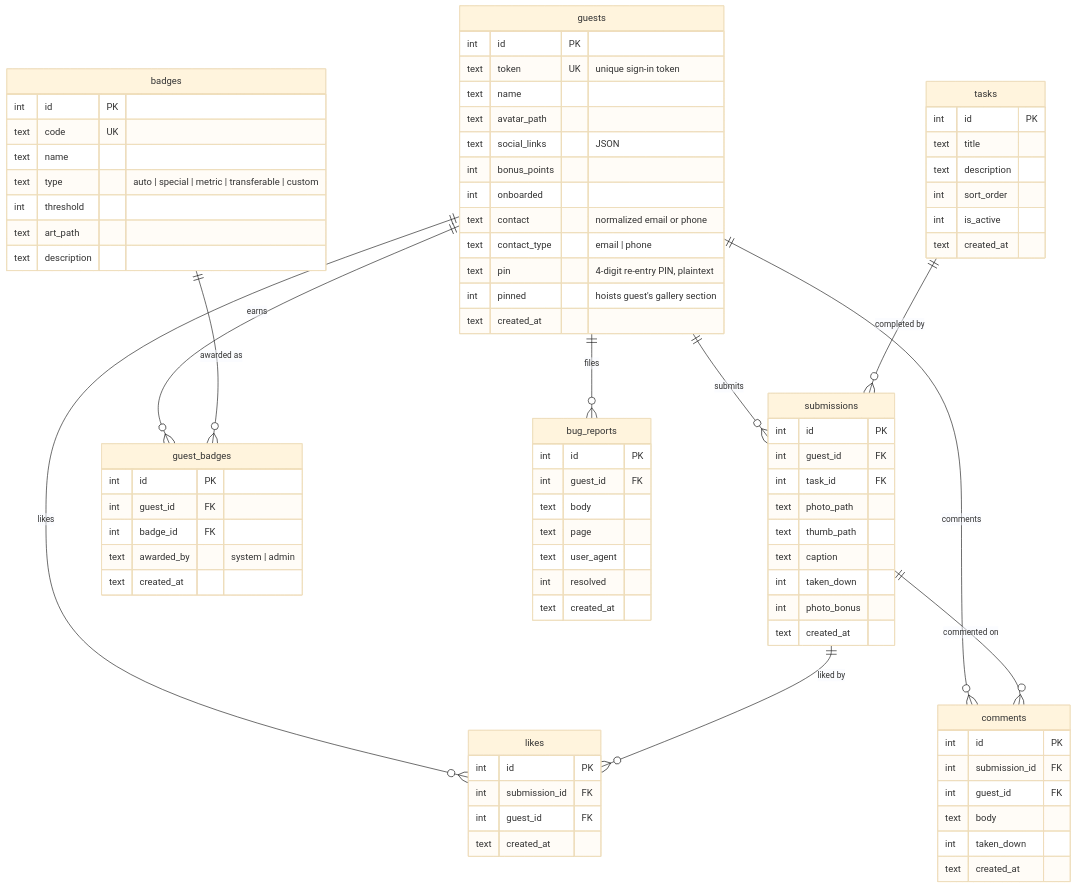
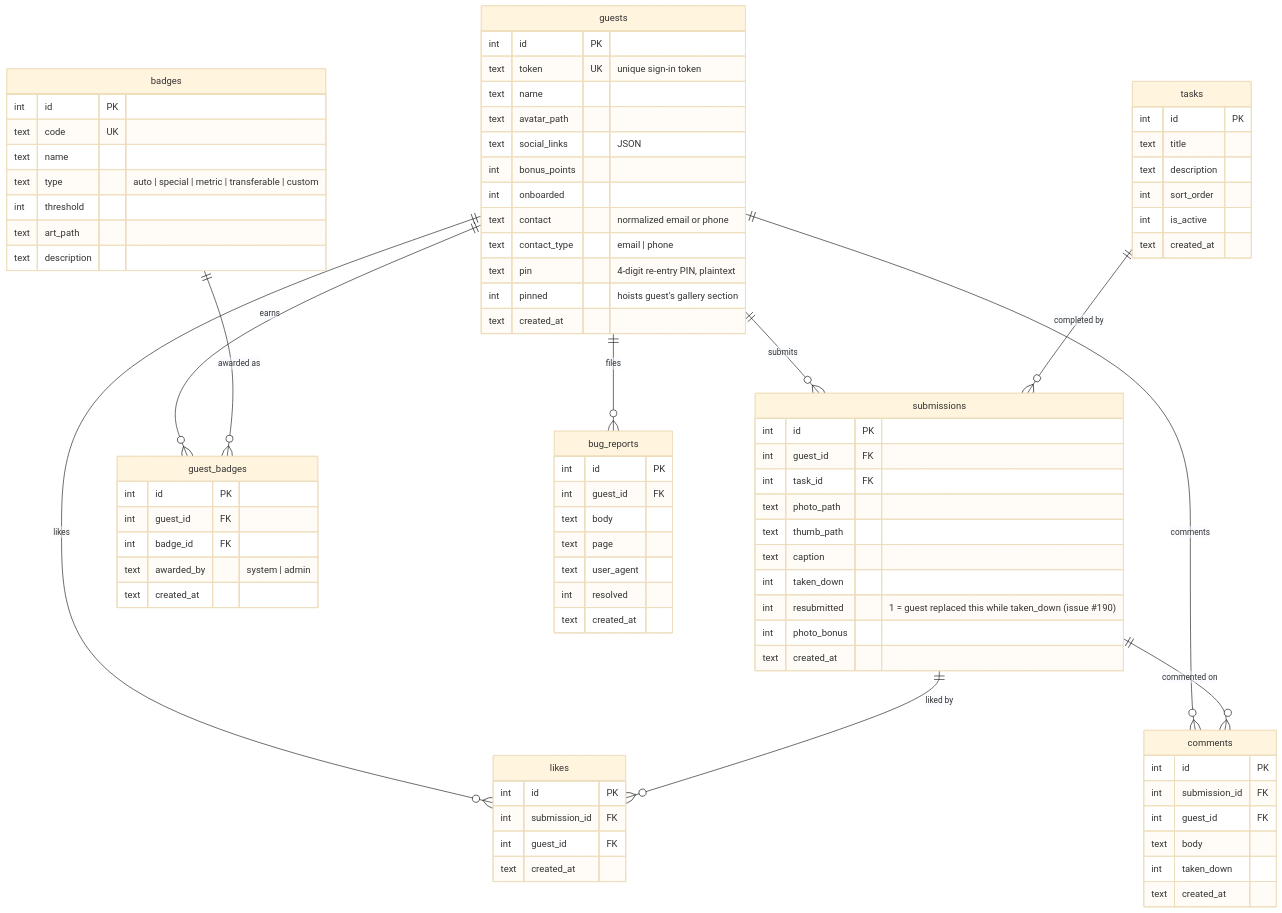
Before and after one commit to TrevorHumble/TaskMasterWedding: the second of 2 diagrams in docs/architecture.md, drawn with Mermaid (base theme). The commit also changed other lines of this file and 8 other files, not shown here.

```diff
--- a/docs/architecture.md
+++ b/docs/architecture.md
@@ -92,6 +92,7 @@
         text thumb_path
         text caption
         int taken_down
+        int resubmitted "1 = guest replaced this while taken_down (issue #190)"
         int photo_bonus
         text created_at
     }
```
